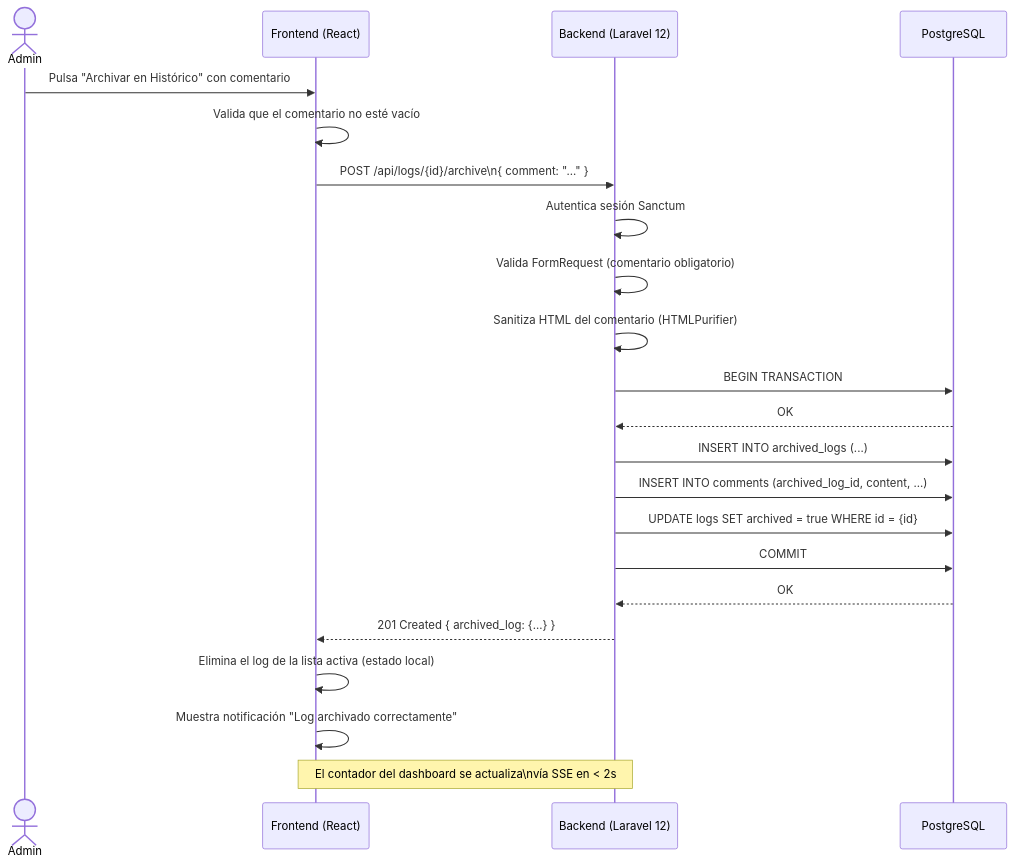
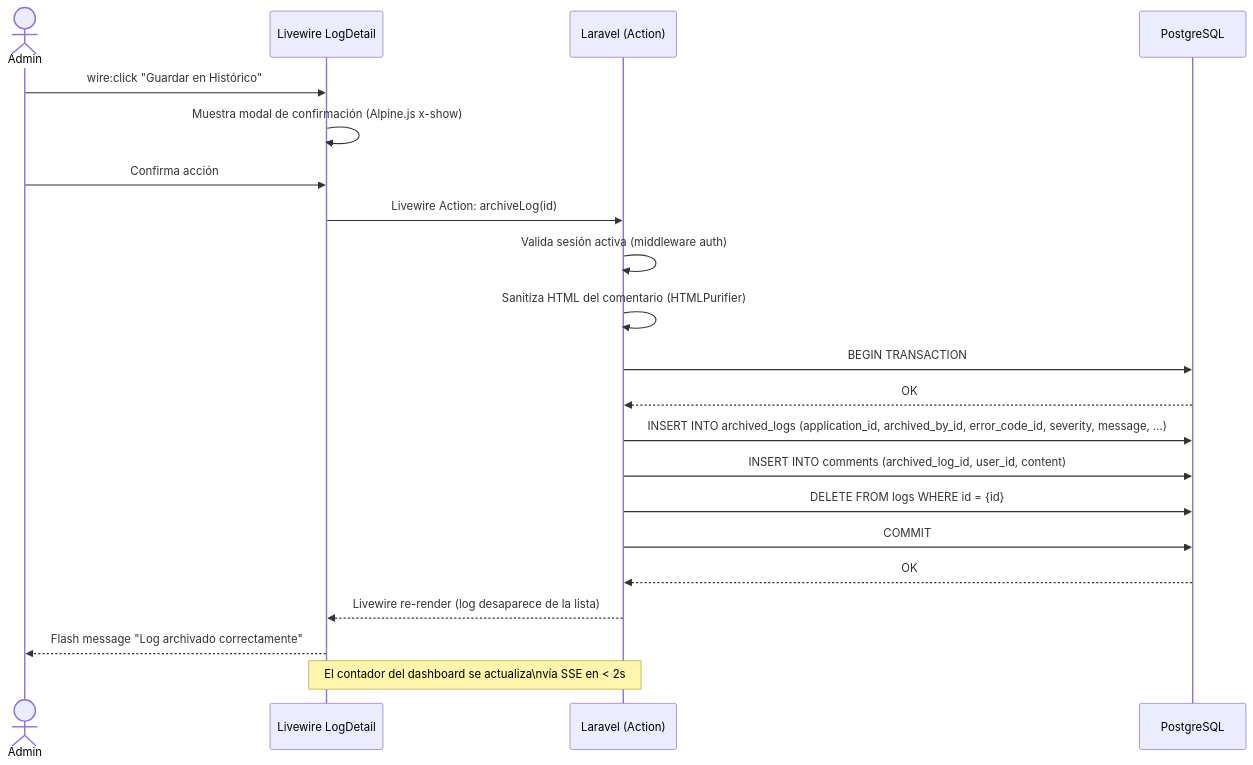
Before and after one commit to Maya-AQSS/log-management-dashboard: the third of 7 diagrams in docs/src/3_c4_diagrams.md, drawn with Mermaid. The commit also changed other lines of this file and 48 other files, not shown here.

````diff
--- a/docs/src/3_c4_diagrams.md
+++ b/docs/src/3_c4_diagrams.md
@@ -72,25 +77,24 @@
 ```mermaid
 sequenceDiagram
     actor Admin
-    participant FE as Frontend (React)
-    participant BE as Backend (Laravel 12)
+    participant LW as Livewire LogDetail
+    participant BE as Laravel (Action)
     participant DB as PostgreSQL
 
-    Admin->>FE: Pulsa "Archivar en Histórico" con comentario
-    FE->>FE: Valida que el comentario no esté vacío
-    FE->>BE: POST /api/logs/{id}/archive\n{ comment: "..." }
-    BE->>BE: Autentica sesión Sanctum
-    BE->>BE: Valida FormRequest (comentario obligatorio)
+    Admin->>LW: wire:click "Guardar en Histórico"
+    LW->>LW: Muestra modal de confirmación (Alpine.js x-show)
+    Admin->>LW: Confirma acción
+    LW->>BE: Livewire Action: archiveLog(id)
+    BE->>BE: Valida sesión activa (middleware auth)
     BE->>BE: Sanitiza HTML del comentario (HTMLPurifier)
     BE->>DB: BEGIN TRANSACTION
     DB-->>BE: OK
-    BE->>DB: INSERT INTO archived_logs (...)
-    BE->>DB: INSERT INTO comments (archived_log_id, content, ...)
-    BE->>DB: UPDATE logs SET archived = true WHERE id = {id}
+    BE->>DB: INSERT INTO archived_logs (application_id, archived_by_id, error_code_id, severity, message, ...)
+    BE->>DB: INSERT INTO comments (archived_log_id, user_id, content)
+    BE->>DB: DELETE FROM logs WHERE id = {id}
     BE->>DB: COMMIT
     DB-->>BE: OK
-    BE-->>FE: 201 Created { archived_log: {...} }
-    FE->>FE: Elimina el log de la lista activa (estado local)
-    FE->>FE: Muestra notificación "Log archivado correctamente"
-    Note over FE,BE: El contador del dashboard se actualiza\nvía SSE en < 2s
+    BE-->>LW: Livewire re-render (log desaparece de la lista)
+    LW-->>Admin: Flash message "Log archivado correctamente"
+    Note over LW,BE: El contador del dashboard se actualiza\nvía SSE en < 2s
 ```
````
